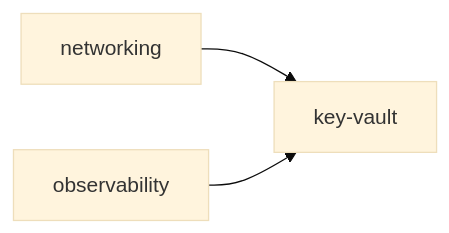
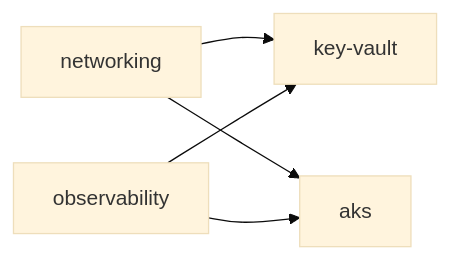
The diagram in README.md (jmsalvo/secure-azure-platform), drawn with Mermaid (base theme) before and after one commit. The commit also changed other lines of this file and 14 other files, not shown here.

````diff
--- a/README.md
+++ b/README.md
@@ -12,5 +12,7 @@
 ```mermaid
 flowchart LR
     networking[networking] --> keyvault[key-vault]
     observability[observability] --> keyvault
+    networking --> aks[aks]
+    observability --> aks
 ```
````
